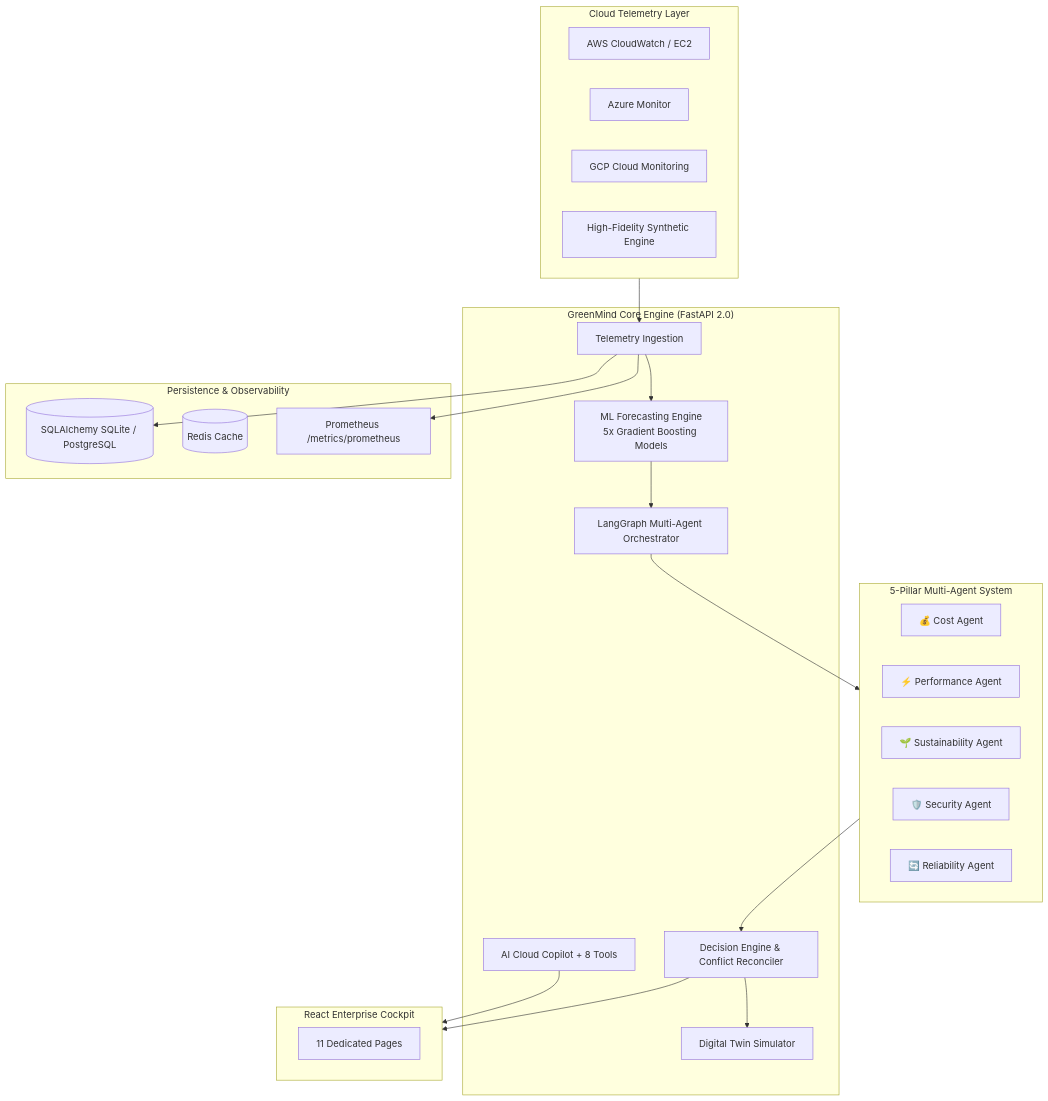
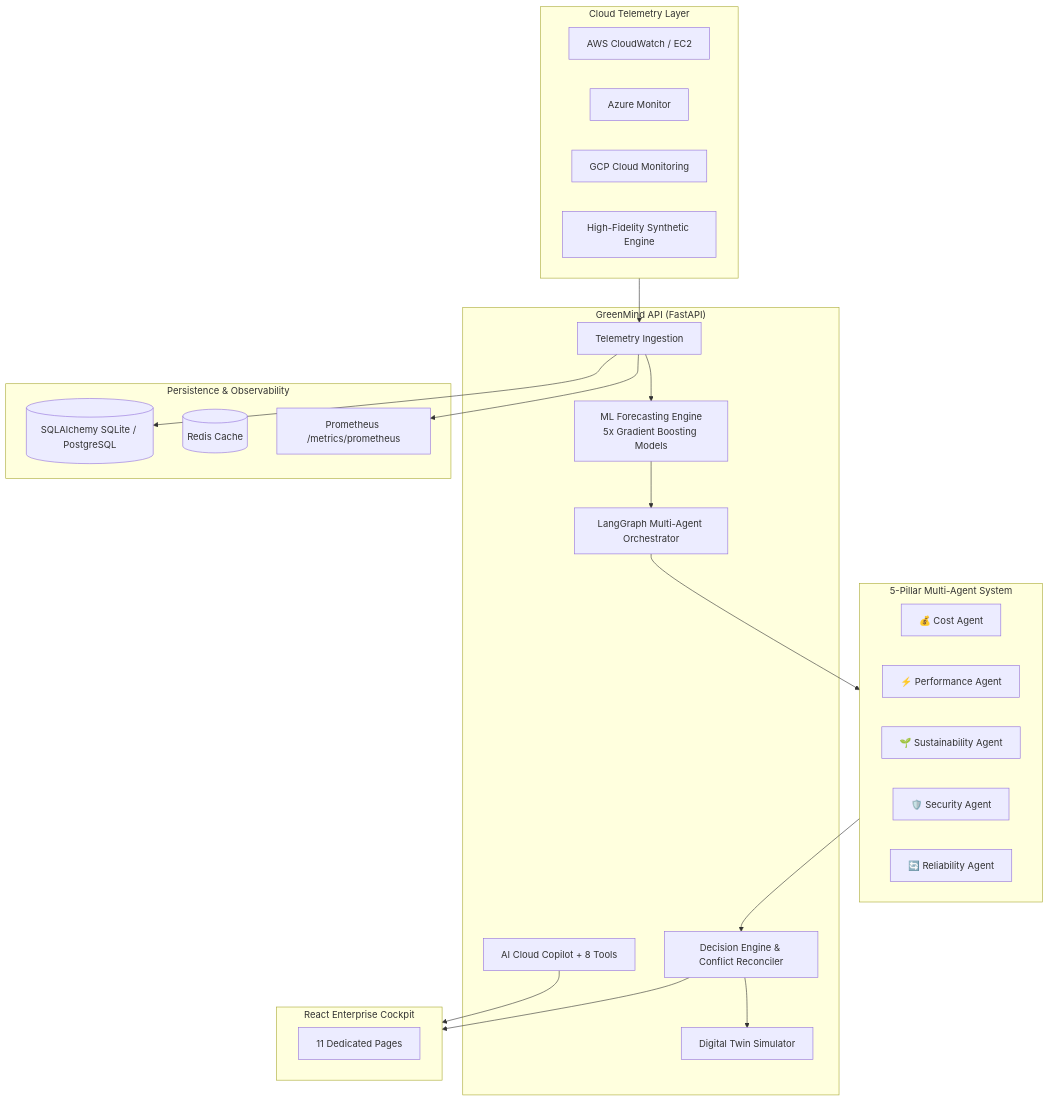
Before and after one commit to Pratham-stack-coder/GreenMind-AI: the diagram in README.md, drawn with Mermaid. The commit also changed other lines of this file and 10 other files, not shown here.

````diff
--- a/README.md
+++ b/README.md
@@ -85,47 +91,47 @@
 ```mermaid
 graph TD
     subgraph Multi_Cloud["Cloud Telemetry Layer"]
         AWS[AWS CloudWatch / EC2]
         AZURE[Azure Monitor]
         GCP[GCP Cloud Monitoring]
         DEMO[High-Fidelity Synthetic Engine]
     end
 
-    subgraph Core_Engine["GreenMind Core Engine (FastAPI 2.0)"]
+    subgraph Core_Engine["GreenMind API (FastAPI)"]
         INGEST[Telemetry Ingestion]
         ML[ML Forecasting Engine<br/>5x Gradient Boosting Models]
         LANGGRAPH[LangGraph Multi-Agent Orchestrator]
         CONFLICT[Decision Engine & Conflict Reconciler]
         DT[Digital Twin Simulator]
         COPILOT[AI Cloud Copilot + 8 Tools]
     end
 
     subgraph Agents["5-Pillar Multi-Agent System"]
         A1[💰 Cost Agent]
         A2[⚡ Performance Agent]
         A3[🌱 Sustainability Agent]
         A4[🛡️ Security Agent]
         A5[🔄 Reliability Agent]
     end
 
     subgraph Persistence_Obs["Persistence & Observability"]
         DB[(SQLAlchemy SQLite / PostgreSQL)]
         REDIS[(Redis Cache)]
         PROM[Prometheus /metrics/prometheus]
     end
 
     subgraph Frontend["React Enterprise Cockpit"]
         DASH[11 Dedicated Pages]
     end
 
     Multi_Cloud --> INGEST
     INGEST --> ML
     INGEST --> DB
     INGEST --> PROM
     ML --> LANGGRAPH
     LANGGRAPH --> Agents
     Agents --> CONFLICT
     CONFLICT --> DT
     CONFLICT --> Frontend
     COPILOT --> Frontend
 ```
````
